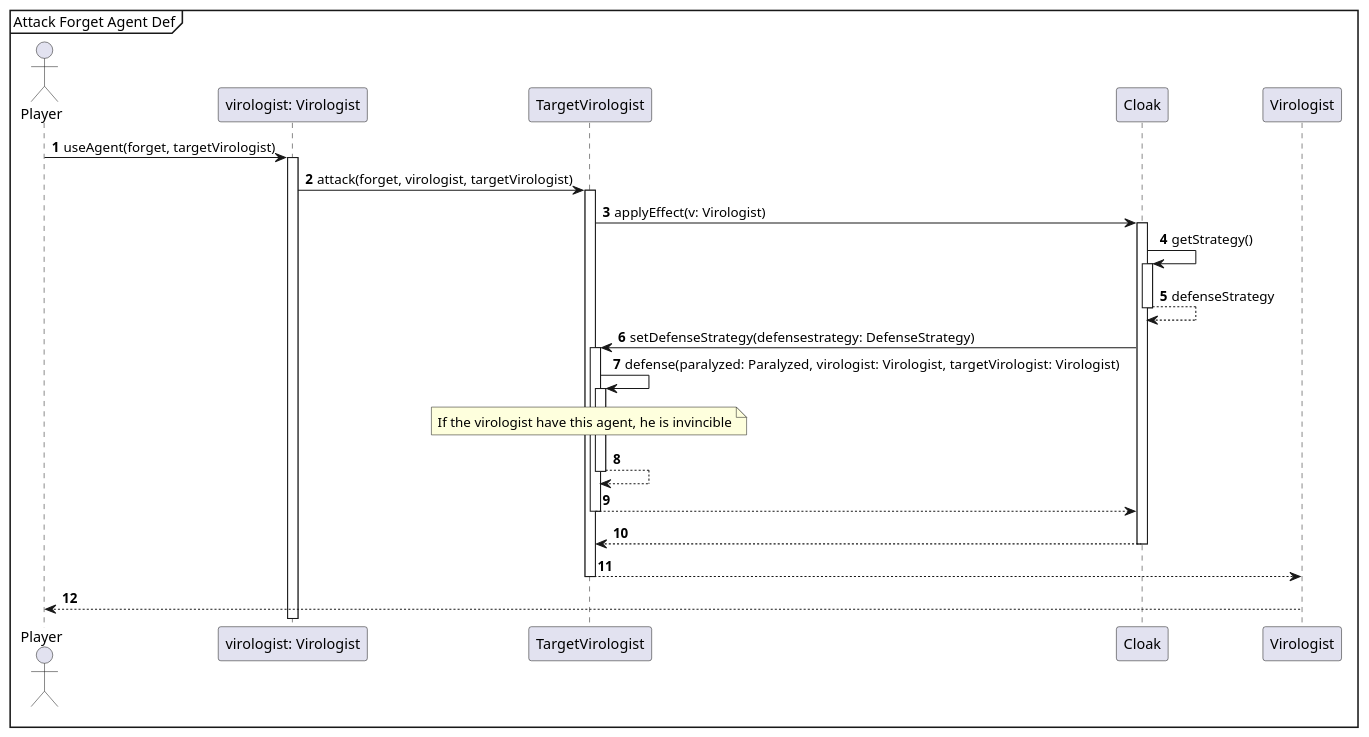
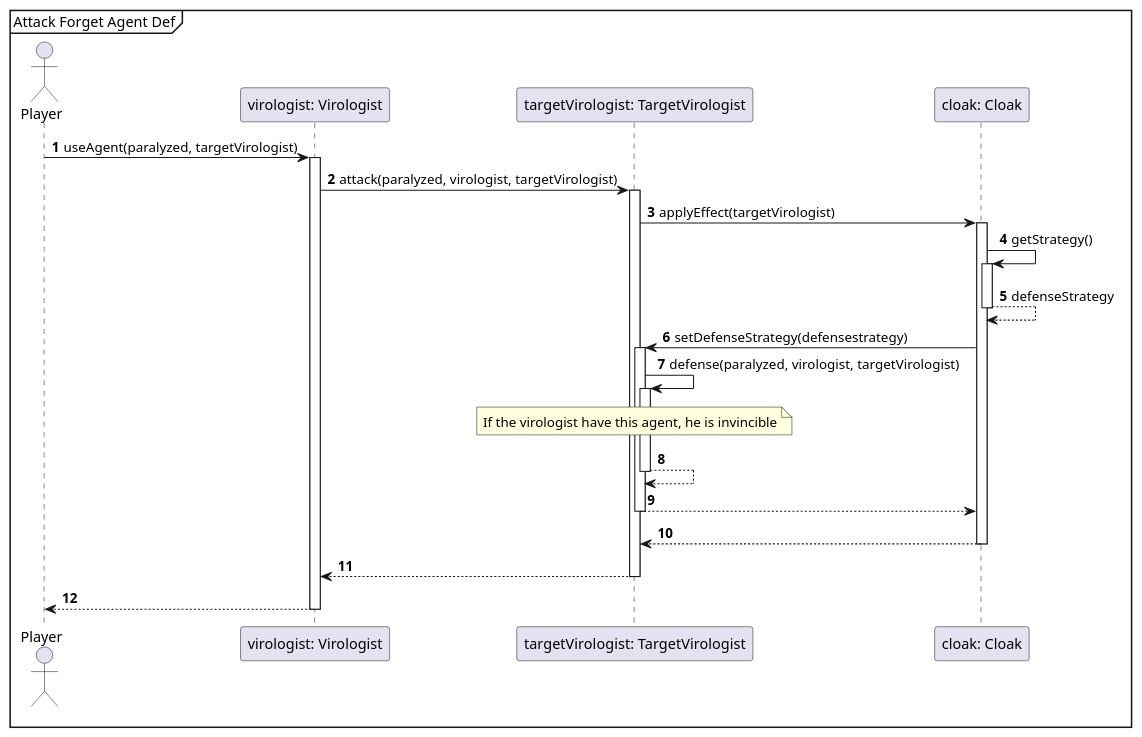
The diagram in Exact Sequence-diagrams/AttackParalyzeAgentPROTECT.puml (Projlab-csb/projlab-virologus), drawn with PlantUML before and after one commit. The commit also changed 15 other files, not shown here.

```diff
--- a/Exact Sequence-diagrams/AttackParalyzeAgentPROTECT.puml
+++ b/Exact Sequence-diagrams/AttackParalyzeAgentPROTECT.puml
@@ -1,35 +1,34 @@
 @startuml
 'https://plantuml.com/sequence-diagram
 
 autonumber
 
 mainframe Attack Forget Agent Def
 
 actor Player
 
-Player -> "virologist: Virologist"++: useAgent(forget, targetVirologist)
-"virologist: Virologist" -> TargetVirologist++: attack(forget, virologist, targetVirologist)
-TargetVirologist -> Cloak++ : applyEffect(v: Virologist)
+Player -> "virologist: Virologist"++: useAgent(paralyzed, targetVirologist)
+"virologist: Virologist" -> "targetVirologist: TargetVirologist"++: attack(paralyzed, virologist, targetVirologist)
+"targetVirologist: TargetVirologist" -> "cloak: Cloak"++ : applyEffect(targetVirologist)
+"cloak: Cloak" -> "cloak: Cloak"++ : getStrategy()
+"cloak: Cloak" --> "cloak: Cloak"-- : defenseStrategy
 
-Cloak -> Cloak++ : getStrategy()
-Cloak --> Cloak-- : defenseStrategy
+"cloak: Cloak" -> "targetVirologist: TargetVirologist"++: setDefenseStrategy(defensestrategy)
 
-Cloak -> TargetVirologist++: setDefenseStrategy(defensestrategy: DefenseStrategy)
-
-TargetVirologist -> TargetVirologist++: defense(paralyzed: Paralyzed, virologist: Virologist,  targetVirologist: Virologist)
+"targetVirologist: TargetVirologist" -> "targetVirologist: TargetVirologist"++: defense(paralyzed, virologist, targetVirologist)
 
 
-note over TargetVirologist
+note over "targetVirologist: TargetVirologist"
     If the virologist have this agent, he is invincible
 end note
 
-TargetVirologist --> TargetVirologist --
+"targetVirologist: TargetVirologist" --> "targetVirologist: TargetVirologist" --
 
-TargetVirologist --> Cloak --
-Cloak --> TargetVirologist --
+"targetVirologist: TargetVirologist" --> "cloak: Cloak" --
+"cloak: Cloak" --> "targetVirologist: TargetVirologist" --
 
 
-TargetVirologist --> Virologist --
+"targetVirologist: TargetVirologist" --> "virologist: Virologist" --
 
-Virologist --> Player --
+"virologist: Virologist" --> Player --
 @enduml
```
